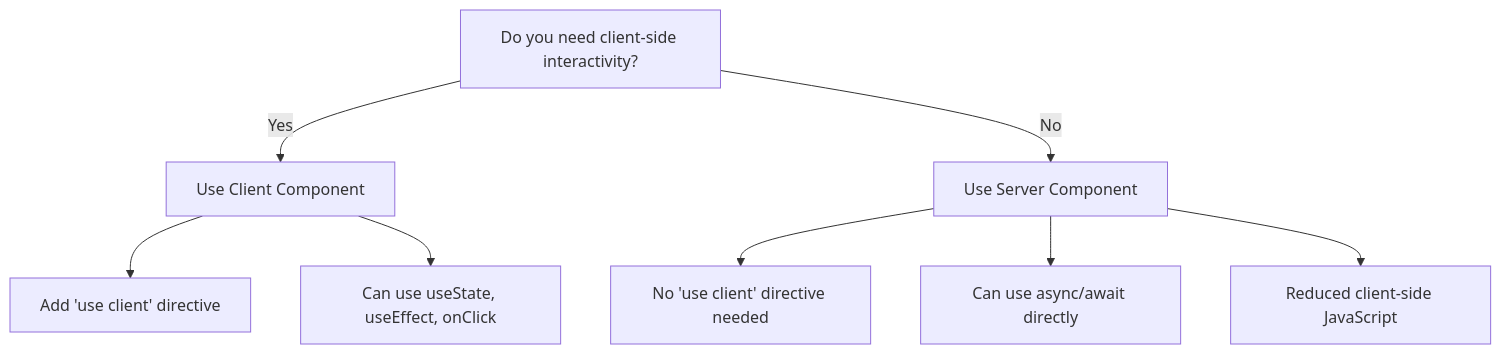
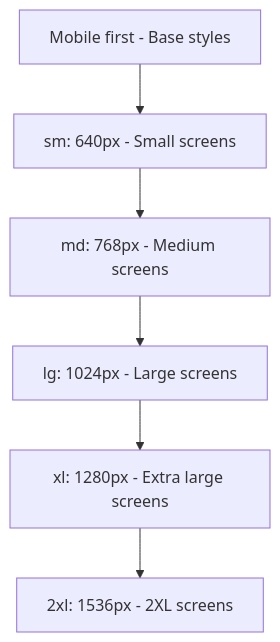
The second of 2 diagrams in apps-standalone/ayokoding-web/content/en/learn/crash-courses/swe/stacks/web/tailwind/basics.md (wahidyankf/oss), drawn with Mermaid before and after one commit. The commit also changed other lines of this file and 27 other files, not shown here.

````diff
--- a/apps-standalone/ayokoding-web/content/en/learn/crash-courses/swe/stacks/web/tailwind/basics.md
+++ b/apps-standalone/ayokoding-web/content/en/learn/crash-courses/swe/stacks/web/tailwind/basics.md
@@ -235,12 +310,8 @@
 ```mermaid
-graph TD
-    A[Do you need client-side interactivity?] -->|Yes| B[Use Client Component]
-    A -->|No| C[Use Server Component]
-
-    B --> D[Add 'use client' directive]
-    B --> E[Can use useState, useEffect, onClick]
-
-    C --> F[No 'use client' directive needed]
-    C --> G[Can use async/await directly]
-    C --> H[Reduced client-side JavaScript]
+flowchart TD
+    A[Mobile first - Base styles] --> B[sm: 640px - Small screens]
+    B --> C[md: 768px - Medium screens]
+    C --> D[lg: 1024px - Large screens]
+    D --> E[xl: 1280px - Extra large screens]
+    E --> F[2xl: 1536px - 2XL screens]
 ```
````
